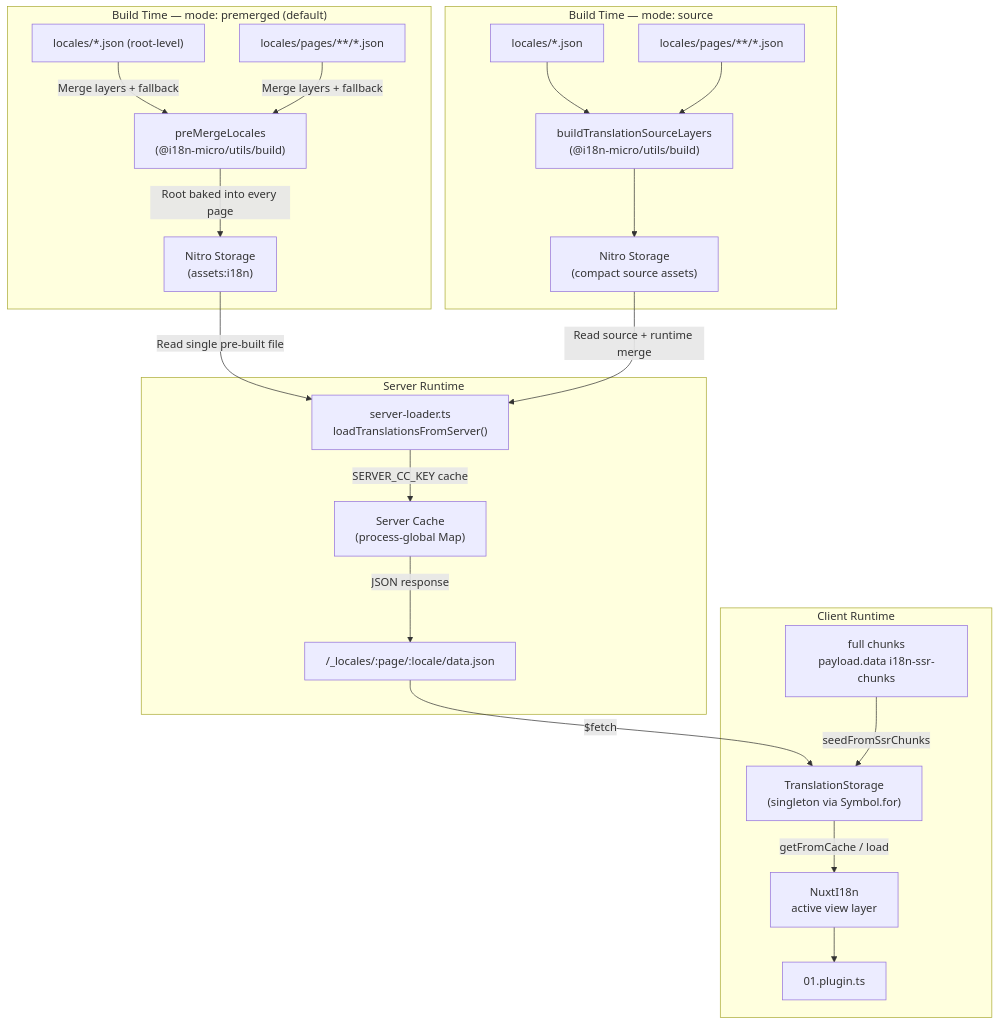
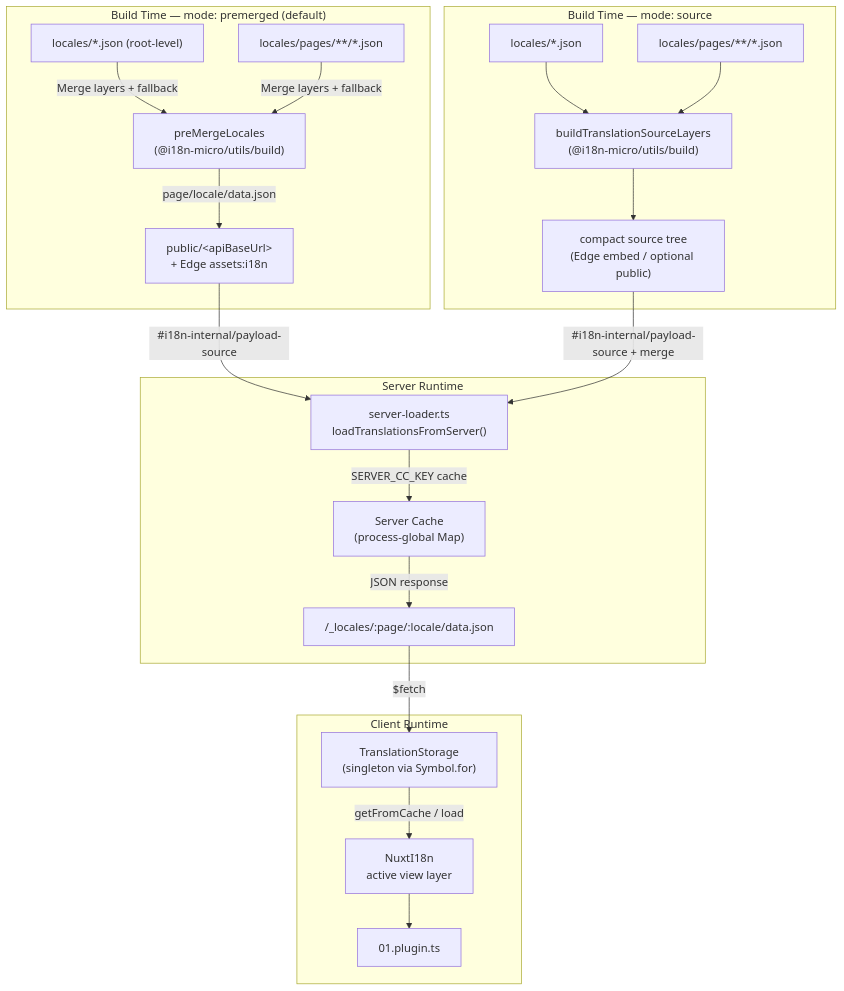
Before and after one commit to s00d/nuxt-i18n-micro: the diagram in docs/api/i18n-cache-api.md, drawn with Mermaid. The commit also changed other lines of this file and 56 other files, not shown here.

First line of the commit message:
feat: Node SSR from public payloads (no Rollup raw:)

````diff
--- a/docs/api/i18n-cache-api.md
+++ b/docs/api/i18n-cache-api.md
@@ -21,28 +21,27 @@
 ```mermaid
 flowchart TB
     subgraph BuildPremerged["Build Time — mode: premerged (default)"]
         F1["locales/*.json (root-level)"] -->|Merge layers + fallback| PM["preMergeLocales<br/>(@i18n-micro/utils/build)"]
         F2["locales/pages/**/*.json"] -->|Merge layers + fallback| PM
-        PM -->|"Root baked into every page"| NS1["Nitro Storage<br/>(assets:i18n)"]
+        PM -->|"page/locale/data.json"| OUT1["public/&lt;apiBaseUrl&gt;<br/>+ Edge assets:i18n"]
     end
 
     subgraph BuildSource["Build Time — mode: source"]
         SF1["locales/*.json"] --> SLayers["buildTranslationSourceLayers<br/>(@i18n-micro/utils/build)"]
         SF2["locales/pages/**/*.json"] --> SLayers
-        SLayers --> NS2["Nitro Storage<br/>(compact source assets)"]
+        SLayers --> OUT2["compact source tree<br/>(Edge embed / optional public)"]
     end
 
     subgraph Server["Server Runtime"]
-        NS1 -->|"Read single pre-built file"| SL["server-loader.ts<br/>loadTranslationsFromServer()"]
-        NS2 -->|"Read source + runtime merge"| SL
+        OUT1 -->|"#i18n-internal/payload-source"| SL["server-loader.ts<br/>loadTranslationsFromServer()"]
+        OUT2 -->|"#i18n-internal/payload-source + merge"| SL
         SL -->|SERVER_CC_KEY cache| SC["Server Cache<br/>(process-global Map)"]
         SC -->|JSON response| API["/_locales/:page/:locale/data.json"]
     end
 
     subgraph Client["Client Runtime"]
         API -->|$fetch| TS["TranslationStorage<br/>(singleton via Symbol.for)"]
-        SSR["full chunks<br/>payload.data i18n-ssr-chunks"] -->|seedFromSsrChunks| TS
         TS -->|getFromCache / load| NI["NuxtI18n<br/>active view layer"]
         NI --> PL["01.plugin.ts"]
     end
 ```
````
